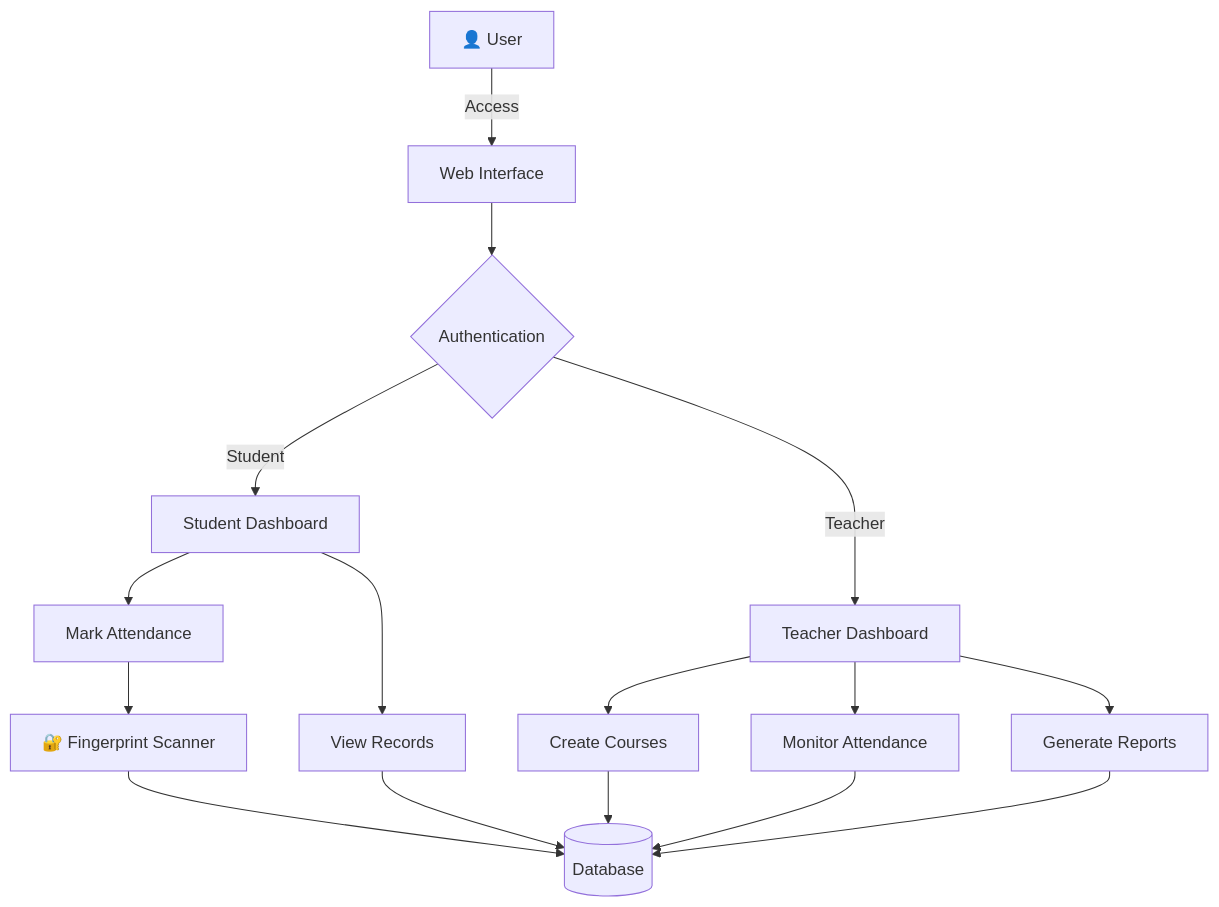
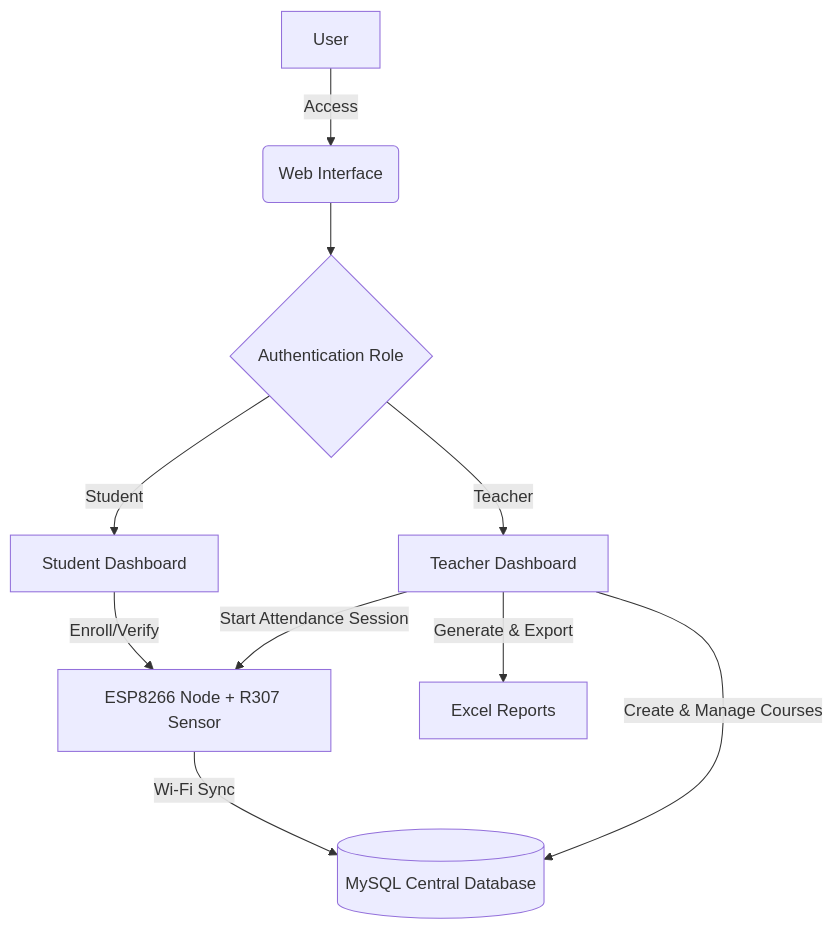
Before and after one commit to avishek-sarkar/Biometric-Attendance-System: the first of 2 diagrams in README.md, drawn with Mermaid. The commit also changed other lines of this file and 13 other files, not shown here.

````diff
--- a/README.md
+++ b/README.md
@@ -74,18 +34,14 @@
 ```mermaid
-graph TB
-    A[👤 User] -->|Access| B[Web Interface]
-    B --> C{Authentication}
+graph TD
+    A[User] -->|Access| B(Web Interface)
+    B --> C{Authentication Role}
     C -->|Student| D[Student Dashboard]
     C -->|Teacher| E[Teacher Dashboard]
-    D --> F[Mark Attendance]
-    D --> G[View Records]
-    E --> H[Create Courses]
-    E --> I[Monitor Attendance]
-    E --> J[Generate Reports]
-    F --> K[🔐 Fingerprint Scanner]
-    K --> L[(Database)]
-    H --> L
-    I --> L
-    J --> L
-    G --> L
+    
+    D -->|Enroll/Verify| F[ESP8266 Node + R307 Sensor]
+    F -->|Wi-Fi Sync| G[(MySQL Central Database)]
+    
+    E -->|Create & Manage Courses| G
+    E -->|Start Attendance Session| F
+    E -->|Generate & Export| H[Excel Reports]
 ```
````
